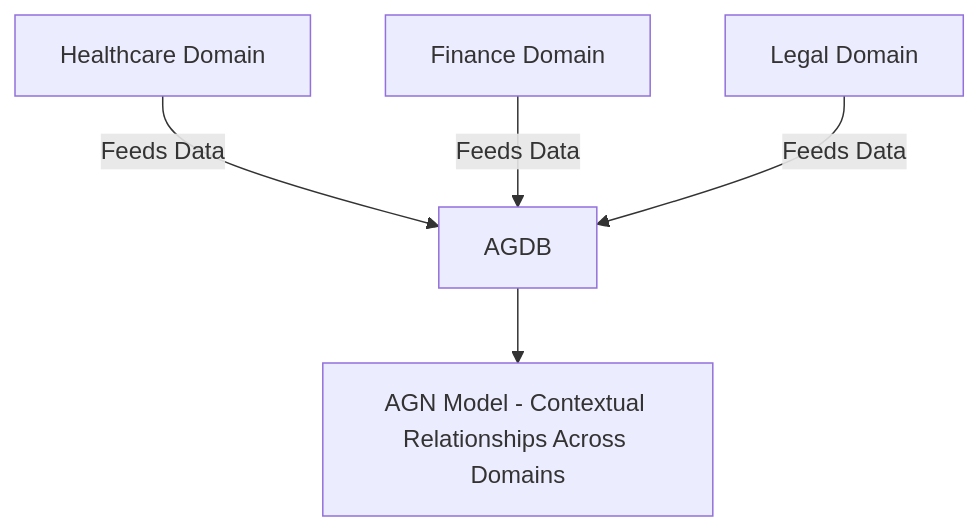
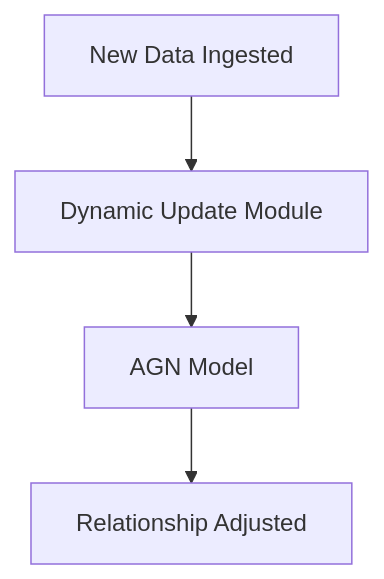
Before and after one commit to TheGuyFromTheApprentice/ActiveGraphNetworks: the third of 6 diagrams in 00_Whitepaper.md, drawn with Mermaid.

````diff
--- a/00_Whitepaper.md
+++ b/00_Whitepaper.md
@@ -58,8 +58,7 @@
 ```mermaid
 graph TD;
-    Healthcare[Healthcare Domain] -->|Feeds Data| AGDB;
-    Finance[Finance Domain] -->|Feeds Data| AGDB;
-    Legal[Legal Domain] -->|Feeds Data| AGDB;
-    AGDB --> AGN_Model[AGN Model - Contextual Relationships Across Domains];
+    New_Data[New Data Ingested] --> Update_Module[Dynamic Update Module];
+    Update_Module --> AGN_Model[AGN Model];
+    AGN_Model --> Relationship_Change[Relationship Adjusted];
 
 ```
````
